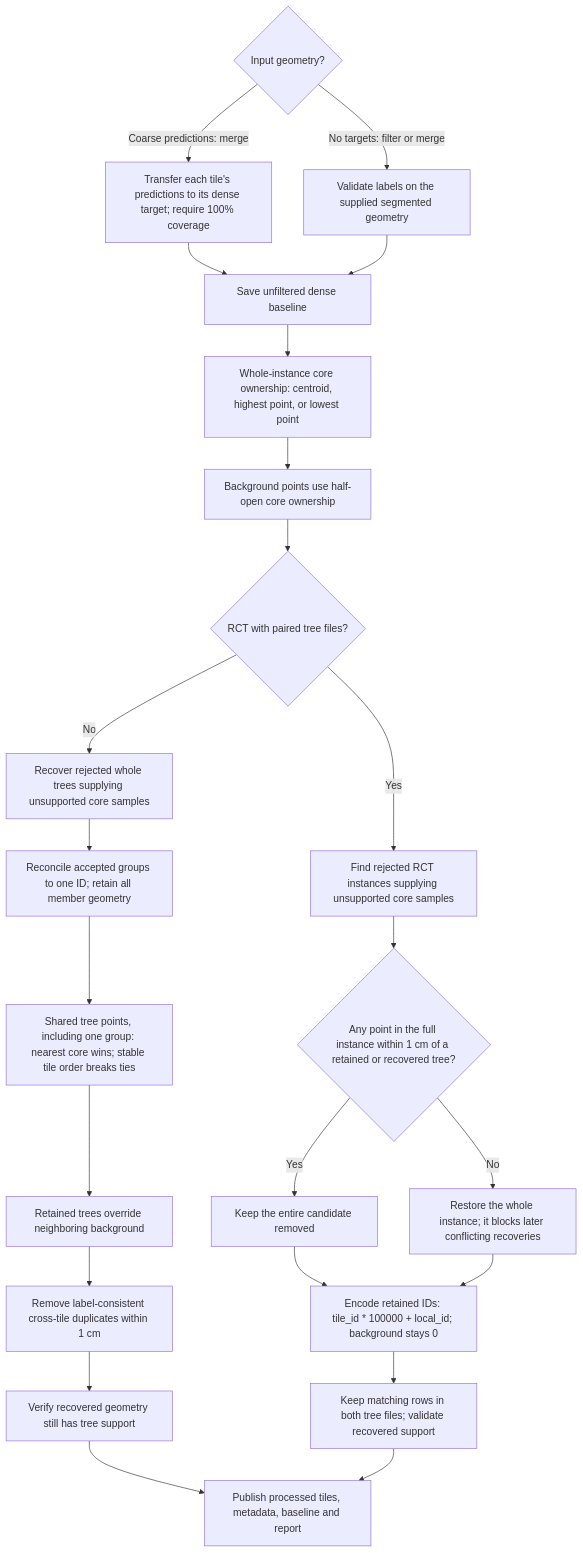
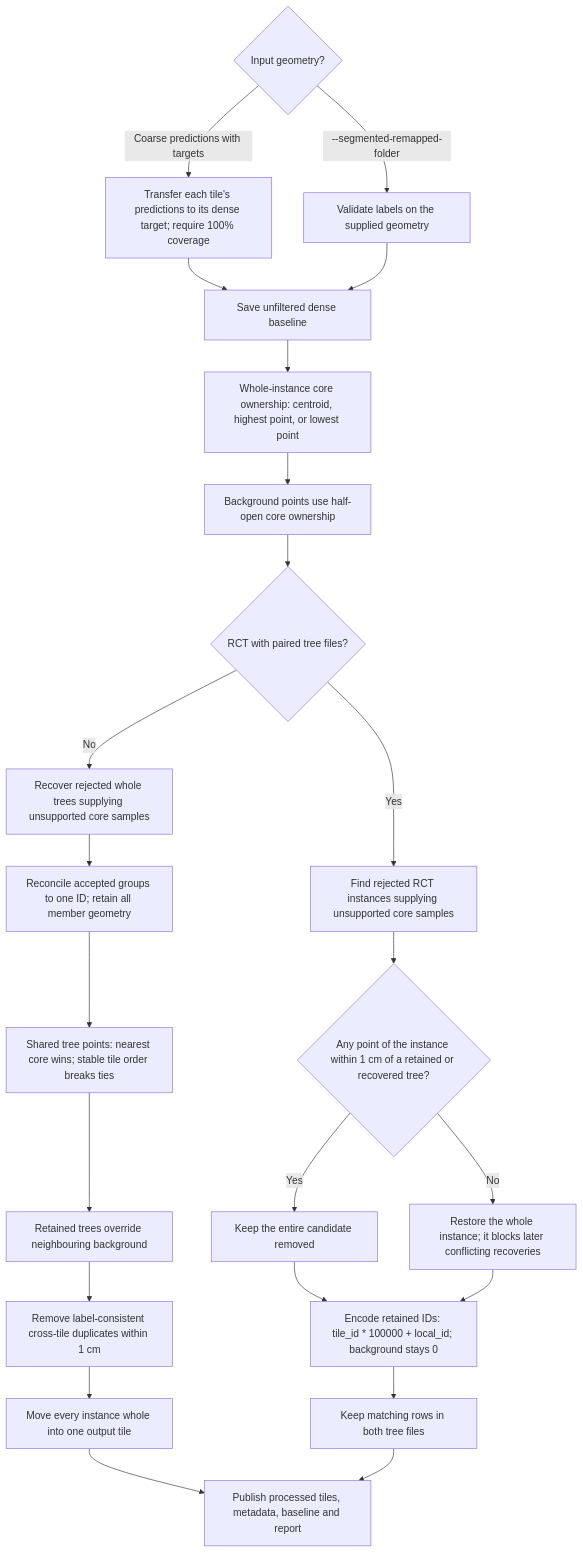
One commit to 3dTrees-earth/3dtrees_Smart_Tile changed the second of 2 diagrams in docs/task-workflow.md. Above: the diagram before and after it, drawn with Mermaid. The commit also changed other lines of this file and 96 other files, not shown here.

````diff
--- a/docs/task-workflow.md
+++ b/docs/task-workflow.md
@@ -62,26 +51,26 @@
 ```mermaid
 flowchart TD
     ENTRY{"Input geometry?"}
-    ENTRY -->|"Coarse predictions: merge"| TRANSFER["Transfer each tile's predictions to its dense target; require 100% coverage"]
-    ENTRY -->|"No targets: filter or merge"| VALIDATE["Validate labels on the supplied segmented geometry"]
+    ENTRY -->|"Coarse predictions with targets"| TRANSFER["Transfer each tile's predictions to its dense target; require 100% coverage"]
+    ENTRY -->|"--segmented-remapped-folder"| VALIDATE["Validate labels on the supplied geometry"]
     TRANSFER --> BASE["Save unfiltered dense baseline"]
     VALIDATE --> BASE
     BASE --> OWN["Whole-instance core ownership: centroid, highest point, or lowest point"]
     OWN --> BG["Background points use half-open core ownership"]
     BG --> MODEL{"RCT with paired tree files?"}
     MODEL -->|"No"| RECOVER["Recover rejected whole trees supplying unsupported core samples"]
     RECOVER --> MATCH["Reconcile accepted groups to one ID; retain all member geometry"]
-    MATCH --> CLAIMS["Shared tree points, including one group: nearest core wins; stable tile order breaks ties"]
-    CLAIMS --> TREEBG["Retained trees override neighboring background"]
+    MATCH --> CLAIMS["Shared tree points: nearest core wins; stable tile order breaks ties"]
+    CLAIMS --> TREEBG["Retained trees override neighbouring background"]
     TREEBG --> DEDUP["Remove label-consistent cross-tile duplicates within 1 cm"]
-    DEDUP --> CHECK["Verify recovered geometry still has tree support"]
+    DEDUP --> CONSOLIDATE["Move every instance whole into one output tile"]
     MODEL -->|"Yes"| CANDIDATE["Find rejected RCT instances supplying unsupported core samples"]
-    CANDIDATE --> CONFLICT{"Any point in the full instance within 1 cm of a retained or recovered tree?"}
+    CANDIDATE --> CONFLICT{"Any point of the instance within 1 cm of a retained or recovered tree?"}
     CONFLICT -->|"Yes"| REJECT["Keep the entire candidate removed"]
     CONFLICT -->|"No"| RESTORE["Restore the whole instance; it blocks later conflicting recoveries"]
     REJECT --> IDS["Encode retained IDs: tile_id * 100000 + local_id; background stays 0"]
     RESTORE --> IDS
-    IDS --> TABLES["Keep matching rows in both tree files; validate recovered support"]
-    CHECK --> PUBLISH["Publish processed tiles, metadata, baseline and report"]
+    IDS --> TABLES["Keep matching rows in both tree files"]
+    CONSOLIDATE --> PUBLISH["Publish processed tiles, metadata, baseline and report"]
     TABLES --> PUBLISH
 ```
````
